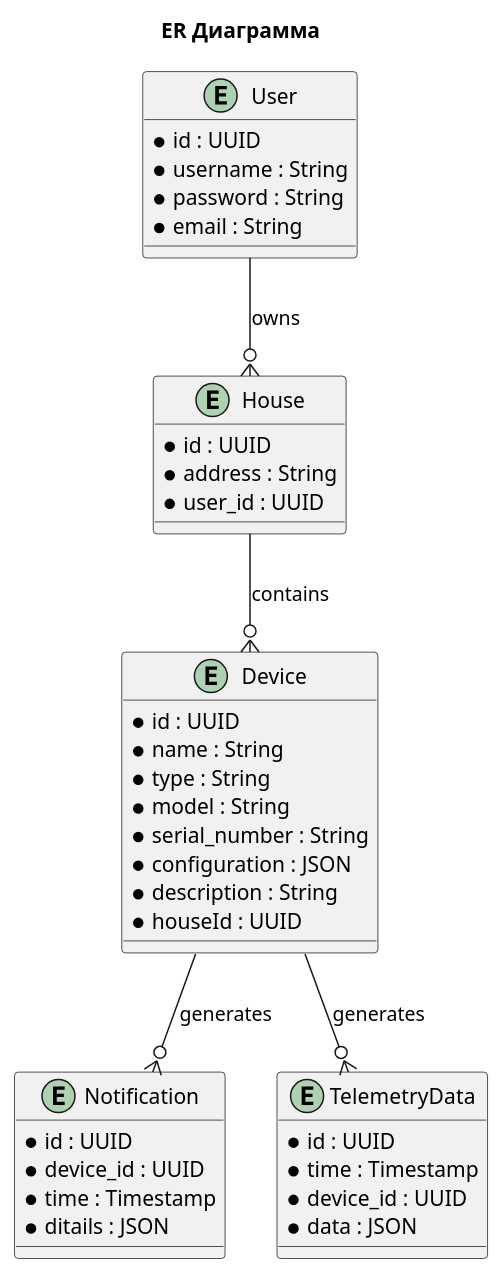
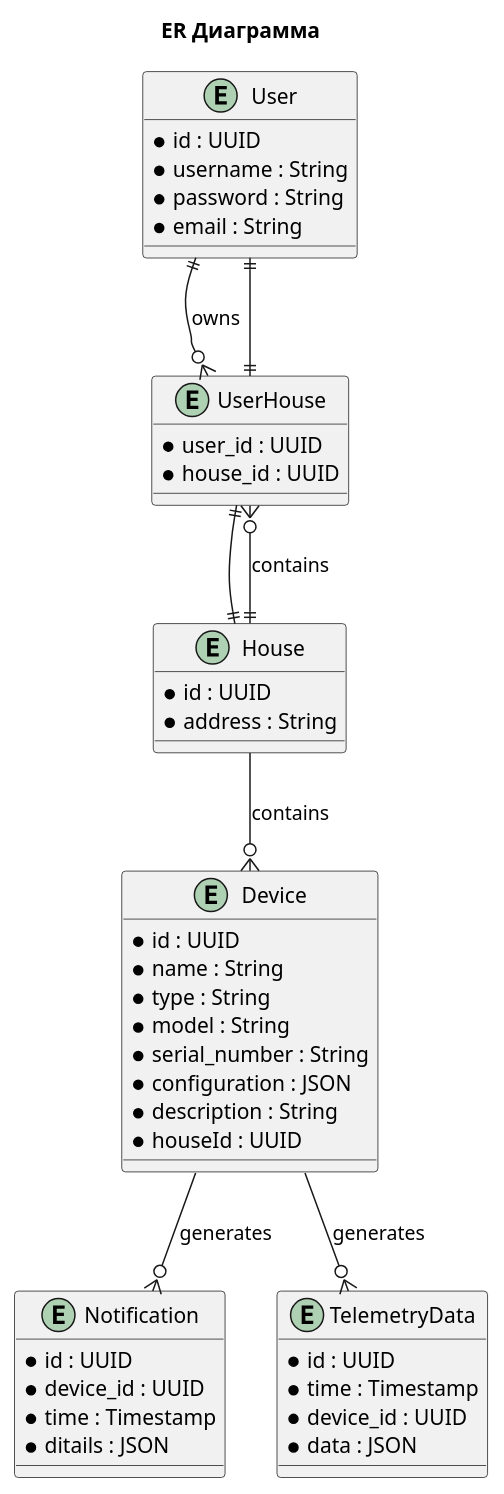
The diagram in smart-home-monolith/architecture/ToBe/4_er.wsd (probovik/practicum_sprint_3), drawn with PlantUML before and after one commit. The commit also changed 2 other files, not shown here.

Commit message:
добавил домены описал детальнее контектсы, исправил датчик на серый, и сделал связь m-t-m в ER диаграмме

```diff
--- a/smart-home-monolith/architecture/ToBe/4_er.wsd
+++ b/smart-home-monolith/architecture/ToBe/4_er.wsd
@@ -1,48 +1,55 @@
 @startuml
 
-title ER Диаграмма 
+title ER Диаграмма
 
 entity "User" as user {
   * id : UUID
   * username : String
   * password : String
-  * email : String  
+  * email : String
 }
 
 entity "House" as house {
   * id : UUID
   * address : String
+}
+
+entity "UserHouse" as userHouse {
   * user_id : UUID
+  * house_id : UUID
 }
 
 entity "Device" as device {
   * id : UUID
   * name : String
   * type : String
   * model : String
   * serial_number : String
   * configuration : JSON
   * description : String
   * houseId : UUID
 }
 
 entity "Notification" as notification {
   * id : UUID
   * device_id : UUID
   * time : Timestamp
   * ditails : JSON
 }
 
 entity "TelemetryData" as telemetryData {
   * id : UUID
   * time : Timestamp
   * device_id : UUID
   * data : JSON
 }
 
-user --o{ house : owns
+user ||--o{ userHouse : owns
+house ||--o{ userHouse : contains
+userHouse ||--|| house : ""
+userHouse ||--|| user : ""
 house --o{ device : contains
 device --o{ telemetryData : generates
 device --o{ notification : generates
 
 @enduml
```
